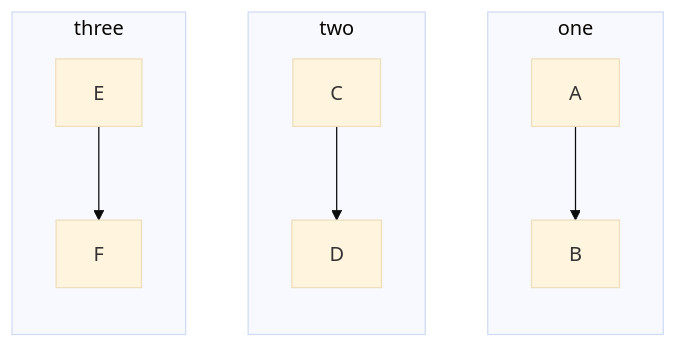
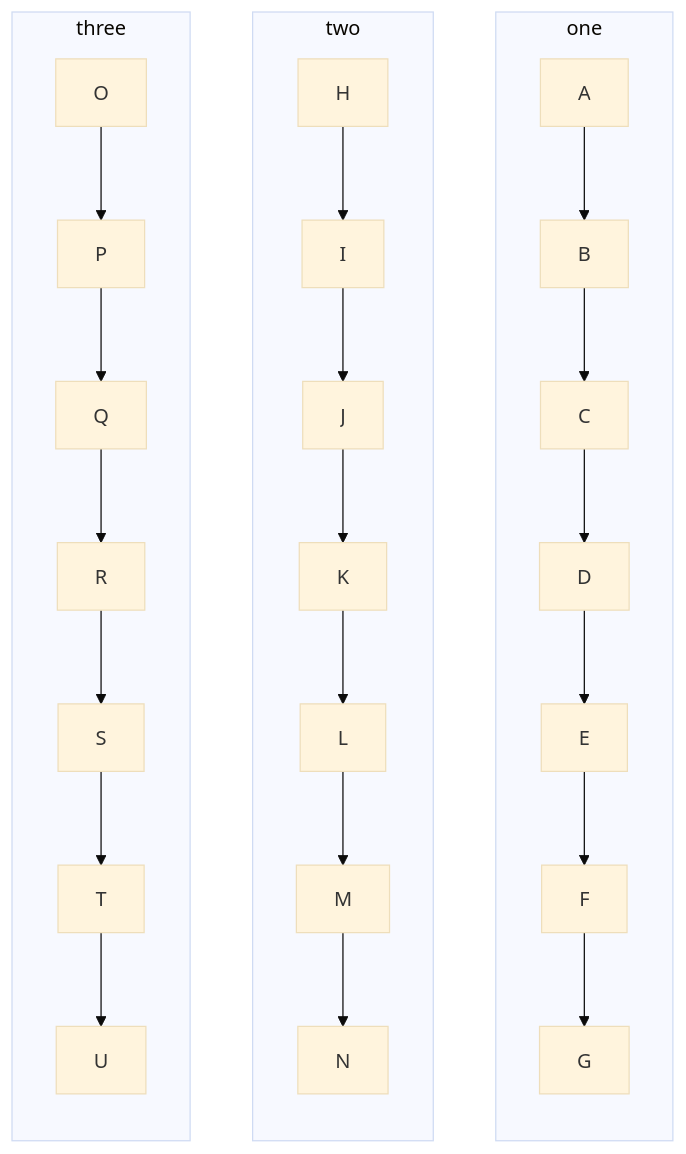
The diagram in project01FlowchartCore.md (brolonium210/ENGR101_MD), drawn with Mermaid (base theme) before and after one commit.

````diff
--- a/project01FlowchartCore.md
+++ b/project01FlowchartCore.md
@@ -1,16 +1,31 @@
 ```mermaid
 
 flowchart TB
 subgraph one
 direction TB
 A-->B
+B-->C
+C-->D
+D-->E
+E-->F
+F-->G
 end
 subgraph two
 direction TB 
-C-->D
+H-->I
+I-->J
+J-->K
+K-->L
+L-->M
+M-->N
 end
 subgraph three
 direction TB 
-E-->F
+O-->P
+P-->Q
+Q-->R
+R-->S
+S-->T
+T-->U
 end    
 ```
````
